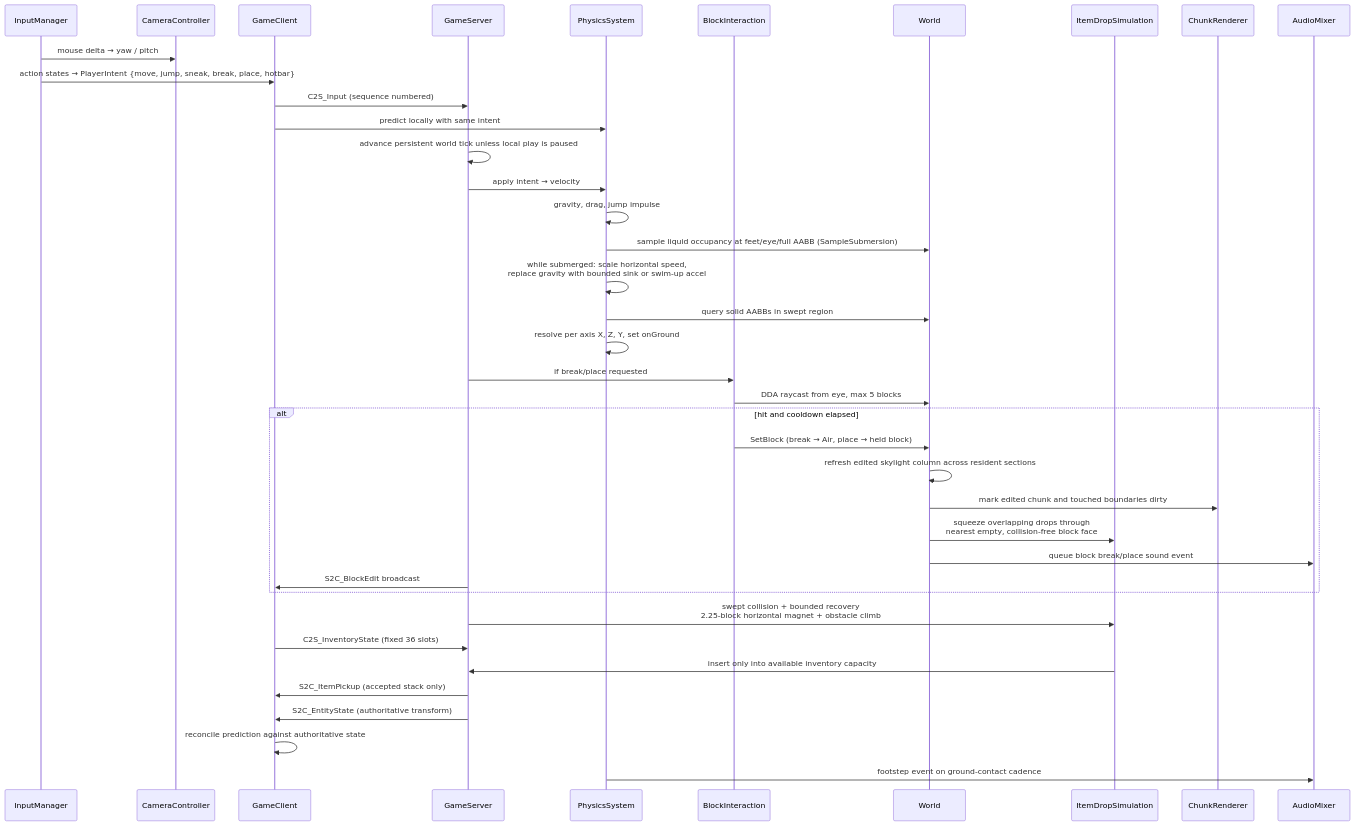
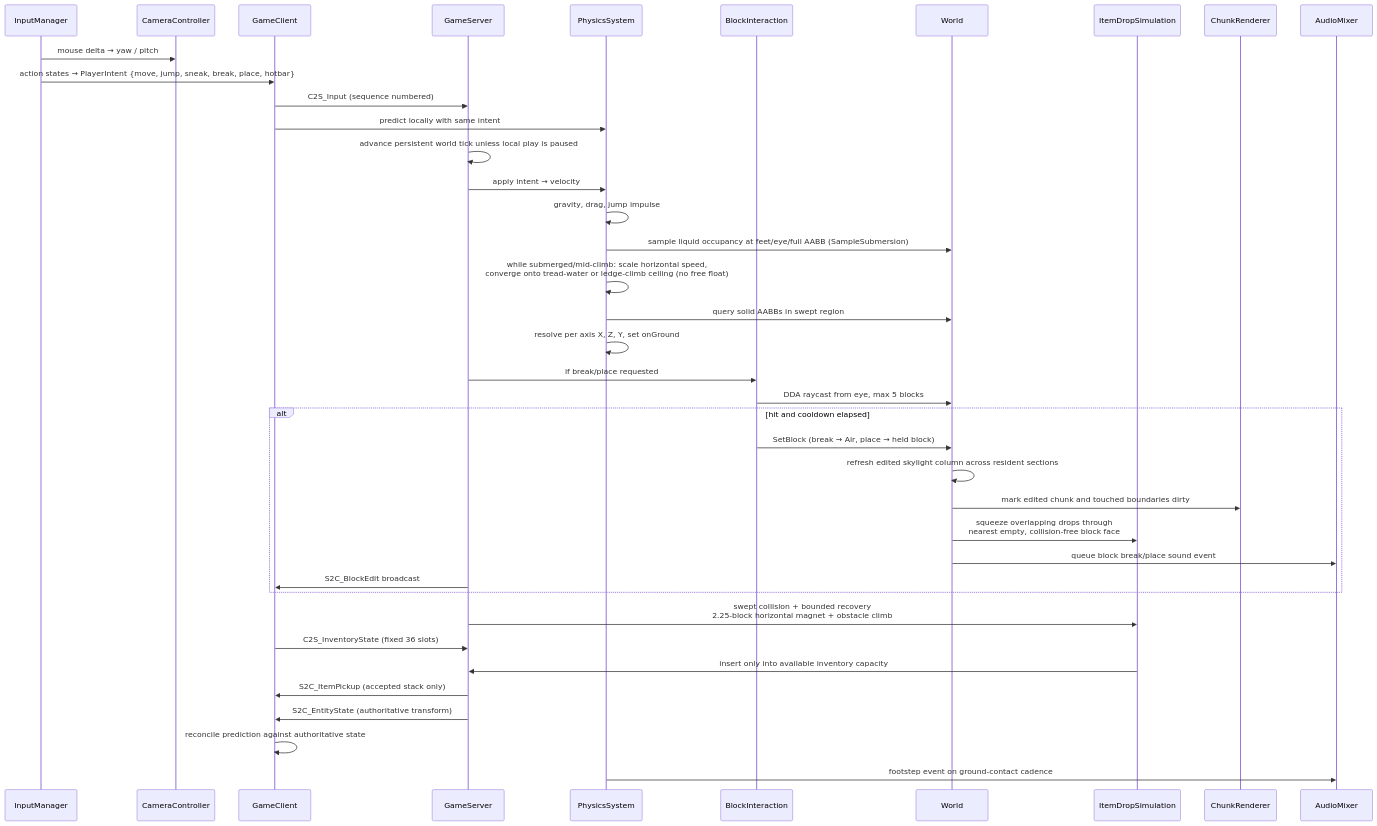
One commit to GoGurtPrime/voxels changed the fifth of 17 diagrams in DIAGRAMS.md. Above: the diagram before and after it, drawn with Mermaid. The commit also changed 5 other files, not shown here.

````diff
--- a/DIAGRAMS.md
+++ b/DIAGRAMS.md
@@ -257,43 +257,43 @@
 ```mermaid
 sequenceDiagram
     participant Inp as InputManager
     participant Cam as CameraController
     participant Cli as GameClient
     participant Srv as GameServer
     participant Phy as PhysicsSystem
     participant BI as BlockInteraction
     participant W as World
     participant Drop as ItemDropSimulation
     participant CR as ChunkRenderer
     participant Snd as AudioMixer
 
     Inp->>Cam: mouse delta → yaw / pitch
     Inp->>Cli: action states → PlayerIntent {move, jump, sneak, break, place, hotbar}
     Cli->>Srv: C2S_Input (sequence numbered)
     Cli->>Phy: predict locally with same intent
 
     Srv->>Srv: advance persistent world tick unless local play is paused
     Srv->>Phy: apply intent → velocity
     Phy->>Phy: gravity, drag, jump impulse
     Phy->>W: sample liquid occupancy at feet/eye/full AABB (SampleSubmersion)
-    Phy->>Phy: while submerged: scale horizontal speed,<br/>replace gravity with bounded sink or swim-up accel
+    Phy->>Phy: while submerged/mid-climb: scale horizontal speed,<br/>converge onto tread-water or ledge-climb ceiling (no free float)
     Phy->>W: query solid AABBs in swept region
     Phy->>Phy: resolve per axis X, Z, Y, set onGround
     Srv->>BI: if break/place requested
     BI->>W: DDA raycast from eye, max 5 blocks
     alt hit and cooldown elapsed
         BI->>W: SetBlock (break → Air, place → held block)
         W->>W: refresh edited skylight column across resident sections
         W->>CR: mark edited chunk and touched boundaries dirty
         W->>Drop: squeeze overlapping drops through<br/>nearest empty, collision-free block face
         W->>Snd: queue block break/place sound event
         Srv->>Cli: S2C_BlockEdit broadcast
     end
     Srv->>Drop: swept collision + bounded recovery<br/>2.25-block horizontal magnet + obstacle climb
     Cli->>Srv: C2S_InventoryState (fixed 36 slots)
     Drop->>Srv: insert only into available inventory capacity
     Srv->>Cli: S2C_ItemPickup (accepted stack only)
     Srv->>Cli: S2C_EntityState (authoritative transform)
     Cli->>Cli: reconcile prediction against authoritative state
     Phy->>Snd: footstep event on ground-contact cadence
 ```
````
